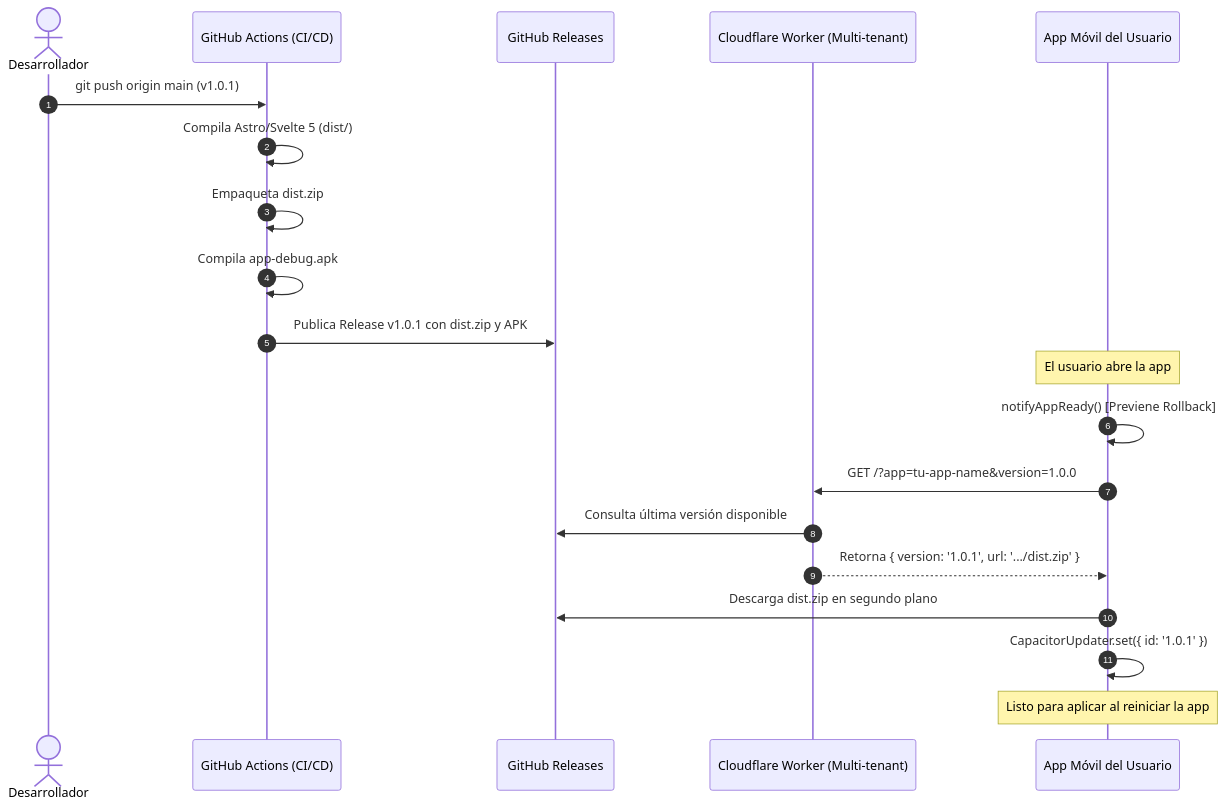
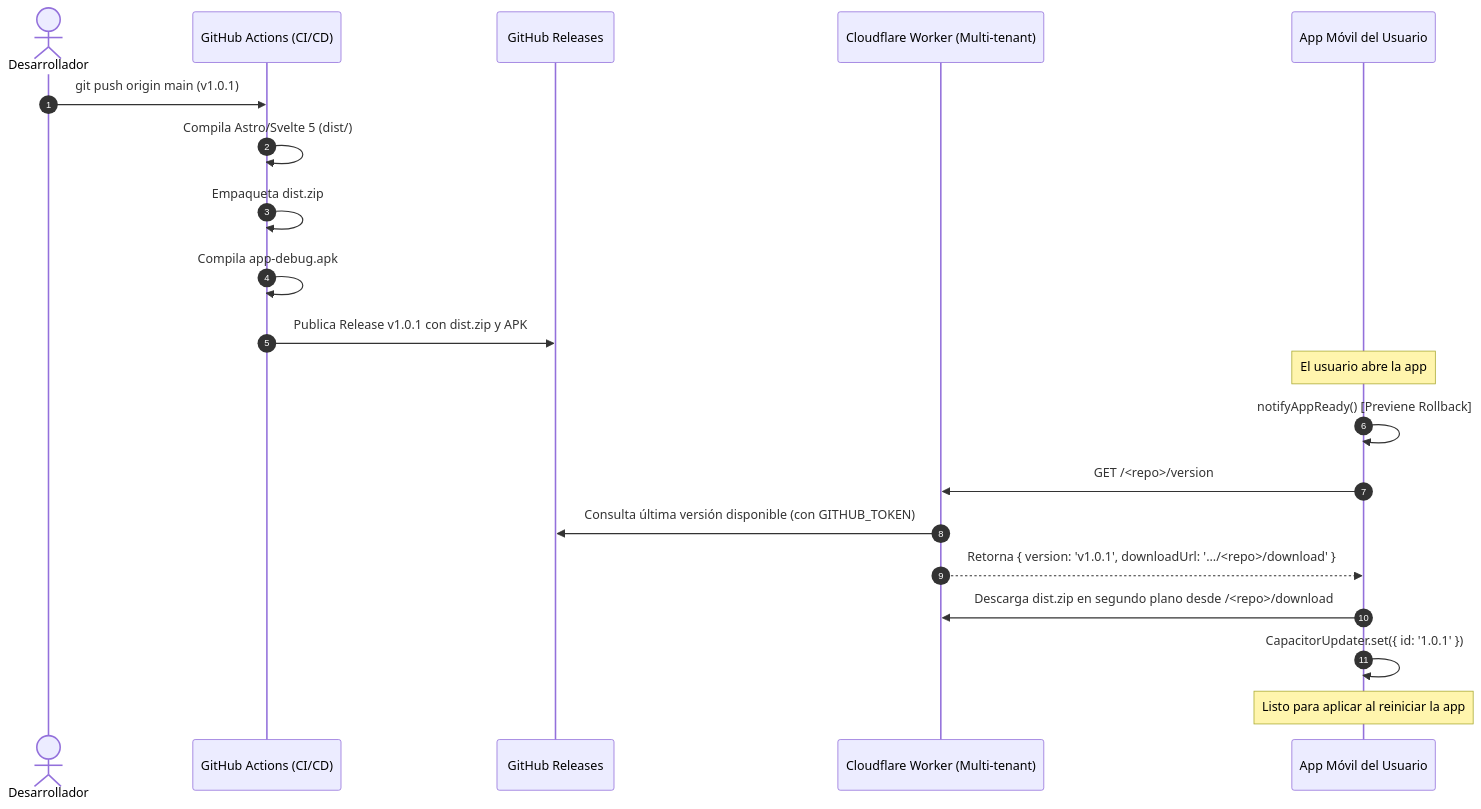
One commit to Fede-F/mobile-dev-template changed the diagram in README.md. Above: the diagram before and after it, drawn with Mermaid. The commit also changed other lines of this file and 3 other files, not shown here.

Commit message:
fix(ota): align template OTA client and AGENTS.md docs with /:repo/version Worker contract

````diff
--- a/README.md
+++ b/README.md
@@ -78,24 +78,24 @@
 ```mermaid
 sequenceDiagram
     autonumber
     actor Dev as Desarrollador
     participant GH as GitHub Actions (CI/CD)
     participant Rel as GitHub Releases
     participant CF as Cloudflare Worker (Multi-tenant)
     participant App as App Móvil del Usuario
 
     Dev->>GH: git push origin main (v1.0.1)
     GH->>GH: Compila Astro/Svelte 5 (dist/)
     GH->>GH: Empaqueta dist.zip
     GH->>GH: Compila app-debug.apk
     GH->>Rel: Publica Release v1.0.1 con dist.zip y APK
     
     Note over App: El usuario abre la app
     App->>App: notifyAppReady() [Previene Rollback]
-    App->>CF: GET /?app=tu-app-name&version=1.0.0
-    CF->>Rel: Consulta última versión disponible
-    CF-->>App: Retorna { version: '1.0.1', url: '.../dist.zip' }
-    App->>Rel: Descarga dist.zip en segundo plano
+    App->>CF: GET /<repo>/version
+    CF->>Rel: Consulta última versión disponible (con GITHUB_TOKEN)
+    CF-->>App: Retorna { version: 'v1.0.1', downloadUrl: '.../<repo>/download' }
+    App->>CF: Descarga dist.zip en segundo plano desde /<repo>/download
     App->>App: CapacitorUpdater.set({ id: '1.0.1' })
     Note over App: Listo para aplicar al reiniciar la app
 ```
````
